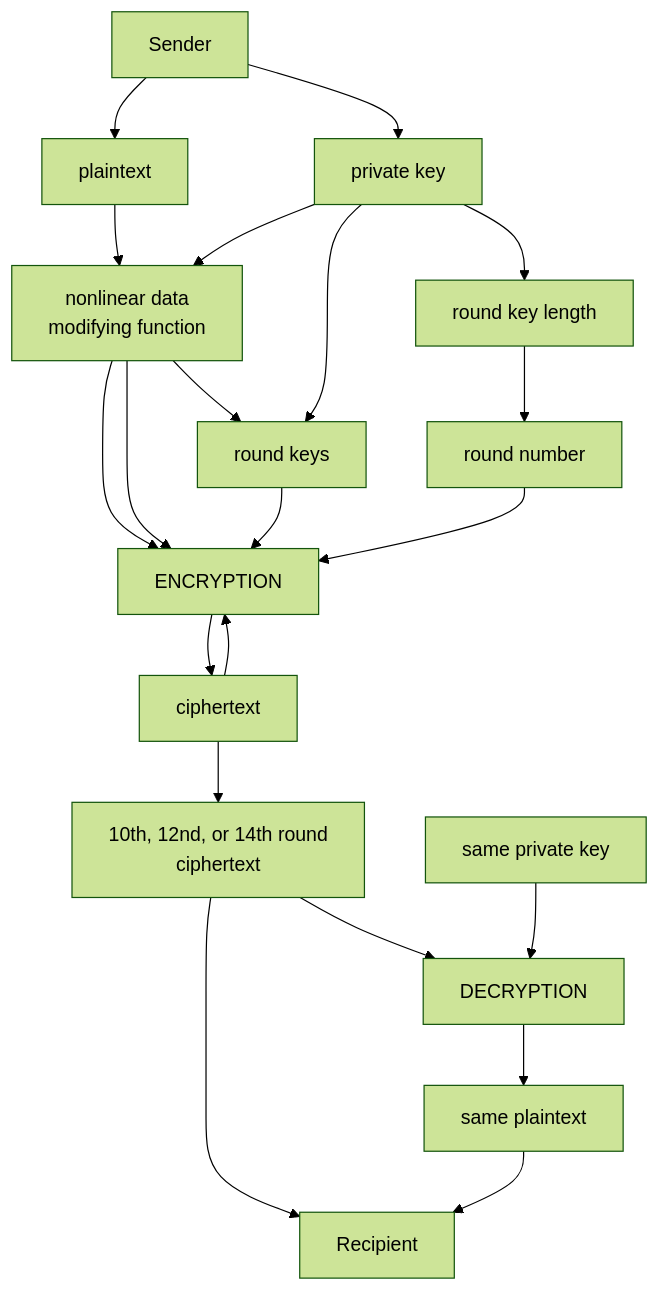
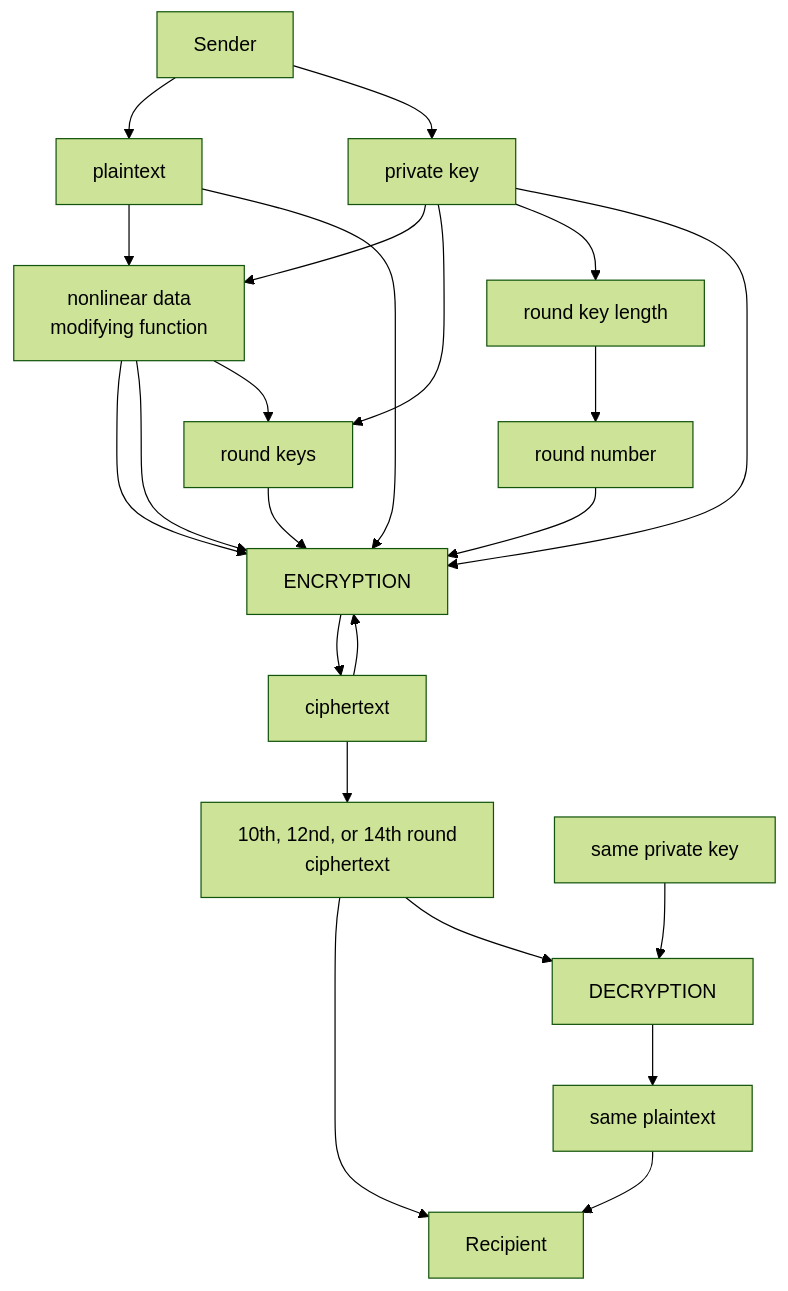
Before and after one commit to Kietpawpan/encryption: the diagram in README.md, drawn with Mermaid (forest theme).

````diff
--- a/README.md
+++ b/README.md
@@ -5,13 +5,15 @@
 ```mermaid
 flowchart TD
     A[Sender] --> B[plaintext]-->FC
     C[private key]-->FC-->D[ENCRYPTION]-->E[ciphertext]-->D
     E-->FN[10th, 12nd, or 14th round\nciphertext]-->F[Recipient]
     C2[same private key]-->G[DECRYPTION]-->I[same plaintext]-->F
      FN-->G
 A-->C
 C-->RK[round keys]-->D
 C-->RKL[round key length]-->RN[round number]-->D
 FC[nonlinear data \nmodifying function]-->D
 FC-->RK
+B-->D
+C-->D
 ```
````
